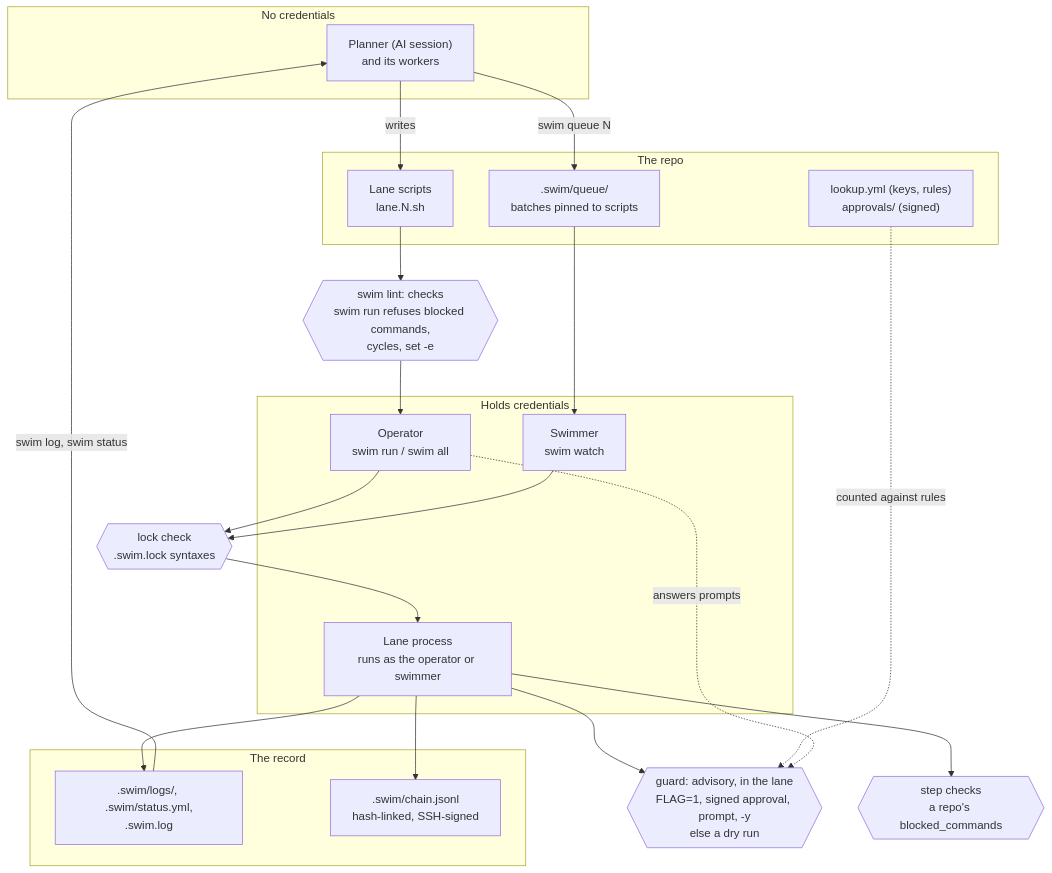
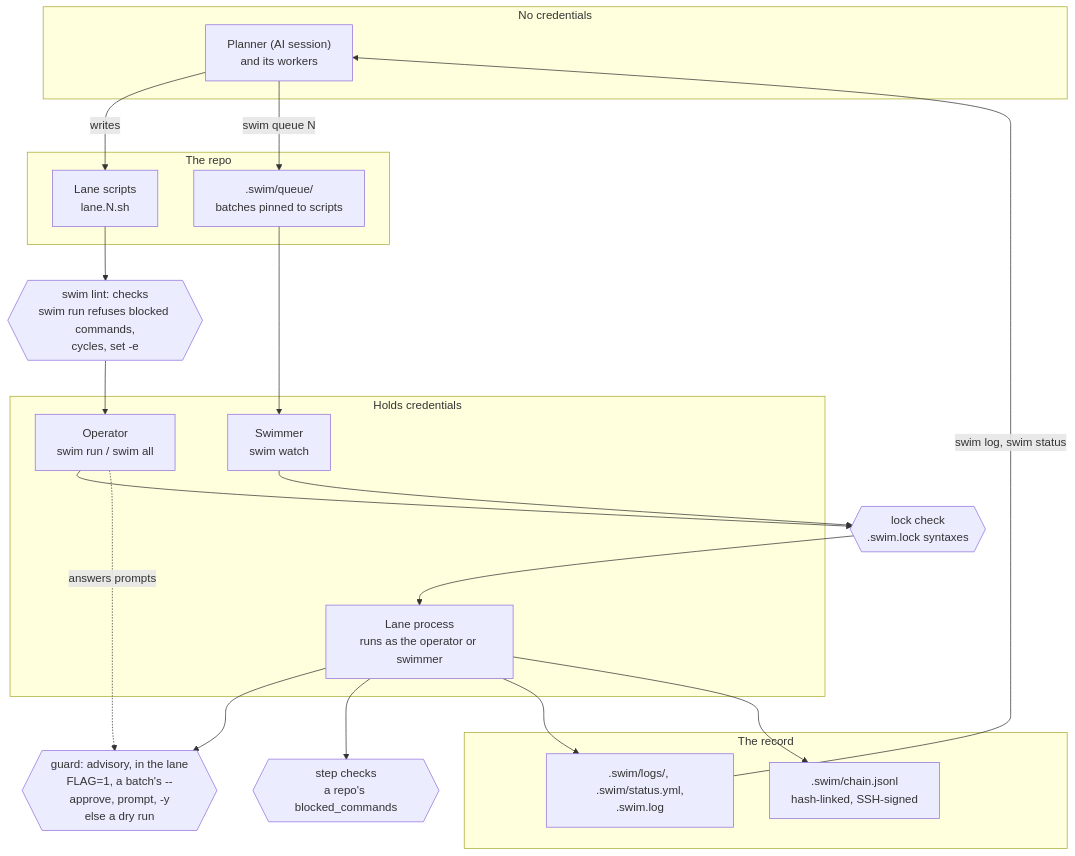
The diagram in docs/reference/architecture.md (gates-brightly/swimlane), drawn with Mermaid before and after one commit. The commit also changed other lines of this file and 85 other files, not shown here.

First line of the commit message:
Signed approvals and approvals from others are gone: you approve at the prompt, the flag or the queue

````diff
--- a/docs/reference/architecture.md
+++ b/docs/reference/architecture.md
@@ -6,36 +6,34 @@
 ```mermaid
 flowchart TD
   subgraph nocreds["No credentials"]
     P["Planner (AI session)<br/>and its workers"]
   end
   subgraph repo["The repo"]
     L["Lane scripts<br/>lane.N.sh"]
-    K["lookup.yml (keys, rules)<br/>approvals/ (signed)"]
     Q[".swim/queue/<br/>batches pinned to scripts"]
   end
   subgraph creds["Holds credentials"]
     O["Operator<br/>swim run / swim all"]
     W["Swimmer<br/>swim watch"]
     X["Lane process<br/>runs as the operator or swimmer"]
   end
   subgraph record["The record"]
     S[".swim/logs/, .swim/status.yml,<br/>.swim.log"]
     C[".swim/chain.jsonl<br/>hash-linked, SSH-signed"]
   end
 
   P -->|writes| L
   P -->|swim queue N| Q
   L --> PL{{"swim lint: checks<br/>swim run refuses blocked commands,<br/>cycles, set -e"}}
   PL --> O
   Q --> W
   O --> LK{{"lock check<br/>.swim.lock syntaxes"}}
   W --> LK
   LK --> X
-  X --> G{{"guard: advisory, in the lane<br/>FLAG=1, signed approval, prompt, -y<br/>else a dry run"}}
-  K -.->|counted against rules| G
+  X --> G{{"guard: advisory, in the lane<br/>FLAG=1, a batch's --approve, prompt, -y<br/>else a dry run"}}
   O -.->|answers prompts| G
   X --> SH{{"step checks<br/>a repo's blocked_commands"}}
   X --> S
   X --> C
   S -->|swim log, swim status| P
 ```
````
